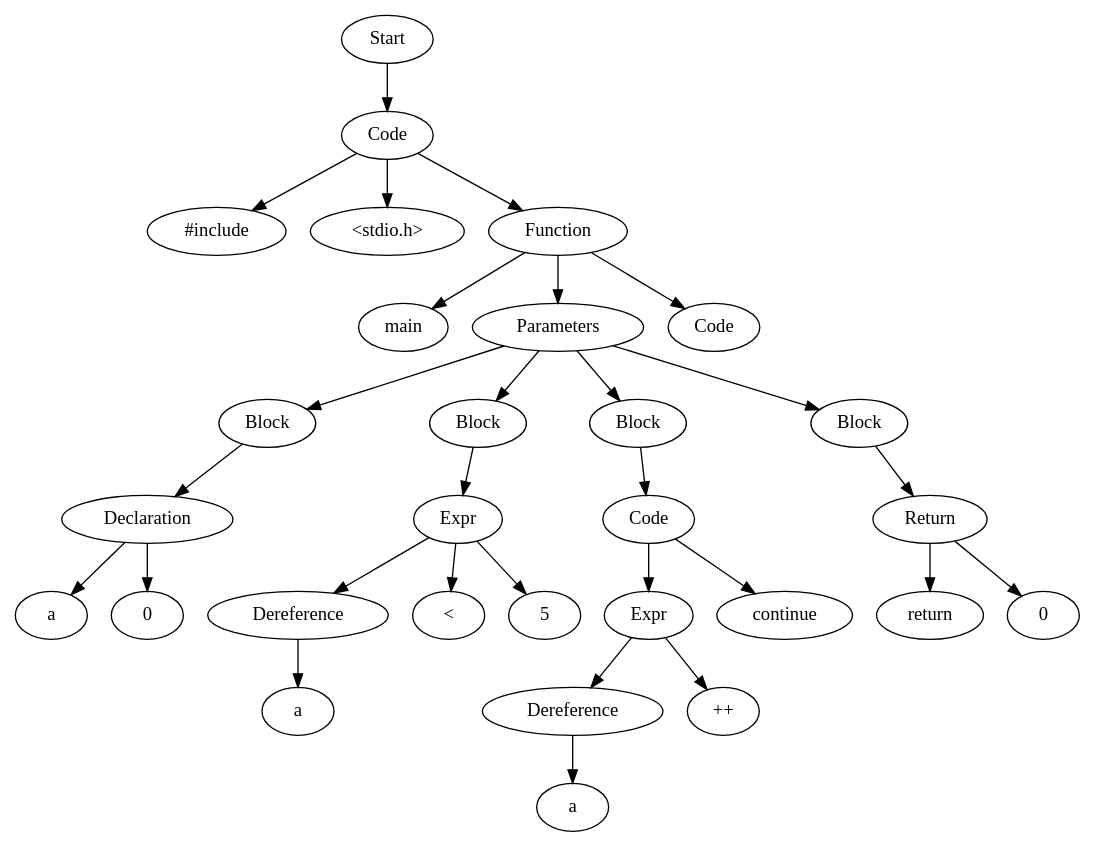
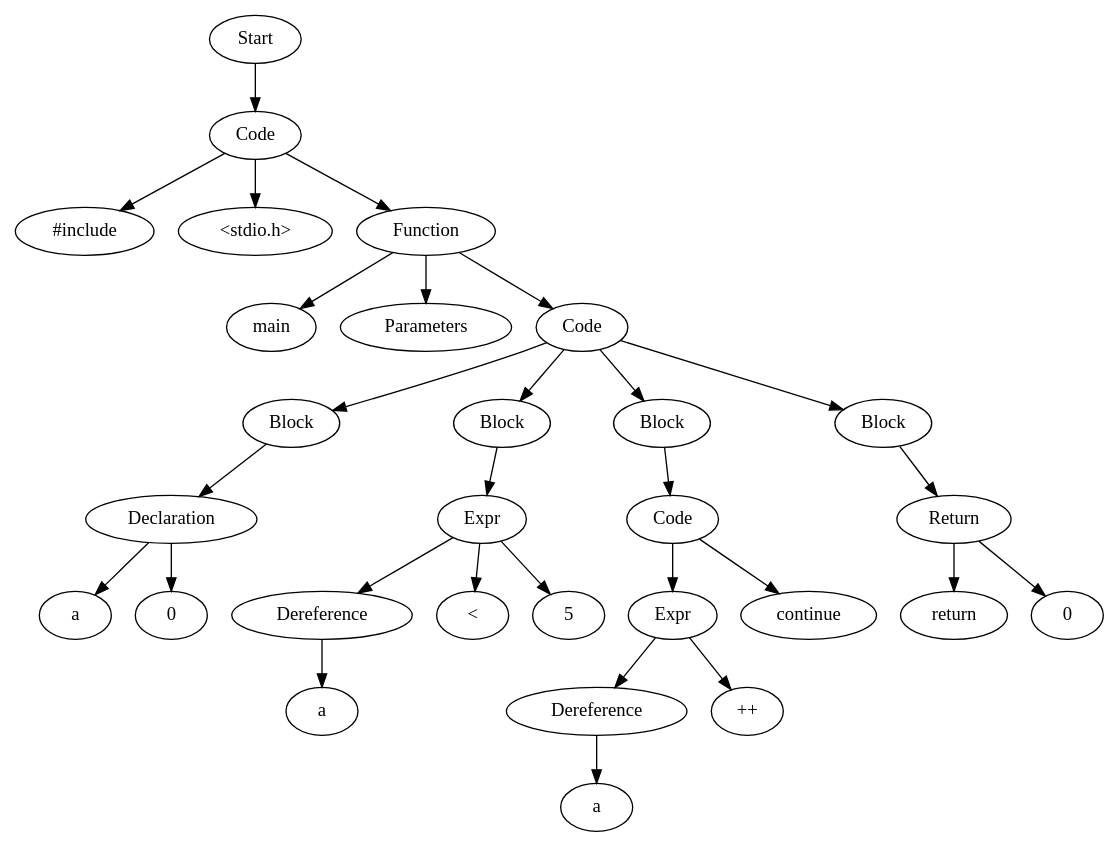
One commit to Are-you-listening/Compilers changed the diagram in TestCases/ASTTests/DeadCodeRemoveTests/CreateTests/read_file_after.dot. Above: the diagram before and after it, drawn with Graphviz. The commit also changed 59 other files, not shown here.

```diff
--- a/TestCases/ASTTests/DeadCodeRemoveTests/CreateTests/read_file_after.dot
+++ b/TestCases/ASTTests/DeadCodeRemoveTests/CreateTests/read_file_after.dot
@@ -1,59 +1,59 @@
 digraph AST {
-  "132926560715104" [label="Start"];
-  "132926560715104" -> "132926560726240";
-  "132926560726240" [label="Code"];
-  "132926560726240" -> "132926560730512";
-  "132926560726240" -> "132926560726960";
-  "132926560726240" -> "132926560729120";
-  "132926560730512" [label="#include"];
-  "132926560726960" [label="<stdio.h>"];
-  "132926560729120" [label="Function"];
-  "132926560729120" -> "132926560725376";
-  "132926560729120" -> "132926560723936";
-  "132926560729120" -> "132926560728688";
-  "132926560725376" [label="main"];
-  "132926560723936" [label="Parameters"];
-  "132926560723936" -> "132926558807392";
-  "132926560723936" -> "132926558804176";
-  "132926560723936" -> "132926558800336";
-  "132926560723936" -> "132926558800144";
-  "132926558807392" [label="Block"];
-  "132926558807392" -> "132926558806144";
-  "132926558806144" [label="Declaration"];
-  "132926558806144" -> "132926558806000";
-  "132926558806144" -> "132926558804128";
-  "132926558806000" [label="a"];
-  "132926558804128" [label="0"];
-  "132926558804176" [label="Block"];
-  "132926558804176" -> "132926558803168";
-  "132926558803168" [label="Expr"];
-  "132926558803168" -> "132926558803840";
-  "132926558803168" -> "132926558801392";
-  "132926558803168" -> "132926558801872";
-  "132926558803840" [label="Dereference"];
-  "132926558803840" -> "132926558801440";
-  "132926558801440" [label="a"];
-  "132926558801392" [label="<"];
-  "132926558801872" [label="5"];
-  "132926558800336" [label="Block"];
-  "132926558800336" -> "132926558800384";
-  "132926558800384" [label="Code"];
-  "132926558800384" -> "132926558800240";
-  "132926558800384" -> "132926558800192";
-  "132926558800240" [label="Expr"];
-  "132926558800240" -> "132926558800288";
-  "132926558800240" -> "132926558800096";
-  "132926558800288" [label="Dereference"];
-  "132926558800288" -> "132926558800048";
-  "132926558800048" [label="a"];
-  "132926558800096" [label="++"];
-  "132926558800192" [label="continue"];
-  "132926558800144" [label="Block"];
-  "132926558800144" -> "132926558799904";
-  "132926558799904" [label="Return"];
-  "132926558799904" -> "132926558799808";
-  "132926558799904" -> "132926558799760";
-  "132926558799808" [label="return"];
-  "132926558799760" [label="0"];
-  "132926560728688" [label="Code"];
+  "129136273056304" [label="Start"];
+  "129136273056304" -> "129136273058560";
+  "129136273058560" [label="Code"];
+  "129136273058560" -> "129136273048192";
+  "129136273058560" -> "129136273054528";
+  "129136273058560" -> "129136273052224";
+  "129136273048192" [label="#include"];
+  "129136273054528" [label="<stdio.h>"];
+  "129136273052224" [label="Function"];
+  "129136273052224" -> "129136273062784";
+  "129136273052224" -> "129136273061584";
+  "129136273052224" -> "129136273061008";
+  "129136273062784" [label="main"];
+  "129136273061584" [label="Parameters"];
+  "129136273061008" [label="Code"];
+  "129136273061008" -> "129136271172576";
+  "129136273061008" -> "129136271170656";
+  "129136273061008" -> "129136271166816";
+  "129136273061008" -> "129136271166624";
+  "129136271172576" [label="Block"];
+  "129136271172576" -> "129136271171568";
+  "129136271171568" [label="Declaration"];
+  "129136271171568" -> "129136271172528";
+  "129136271171568" -> "129136271170608";
+  "129136271172528" [label="a"];
+  "129136271170608" [label="0"];
+  "129136271170656" [label="Block"];
+  "129136271170656" -> "129136271169648";
+  "129136271169648" [label="Expr"];
+  "129136271169648" -> "129136271170320";
+  "129136271169648" -> "129136271167872";
+  "129136271169648" -> "129136271168352";
+  "129136271170320" [label="Dereference"];
+  "129136271170320" -> "129136271167920";
+  "129136271167920" [label="a"];
+  "129136271167872" [label="<"];
+  "129136271168352" [label="5"];
+  "129136271166816" [label="Block"];
+  "129136271166816" -> "129136271166864";
+  "129136271166864" [label="Code"];
+  "129136271166864" -> "129136271166720";
+  "129136271166864" -> "129136271166672";
+  "129136271166720" [label="Expr"];
+  "129136271166720" -> "129136271166768";
+  "129136271166720" -> "129136271166576";
+  "129136271166768" [label="Dereference"];
+  "129136271166768" -> "129136271166528";
+  "129136271166528" [label="a"];
+  "129136271166576" [label="++"];
+  "129136271166672" [label="continue"];
+  "129136271166624" [label="Block"];
+  "129136271166624" -> "129136271166384";
+  "129136271166384" [label="Return"];
+  "129136271166384" -> "129136271166288";
+  "129136271166384" -> "129136271166240";
+  "129136271166288" [label="return"];
+  "129136271166240" [label="0"];
 }
```
